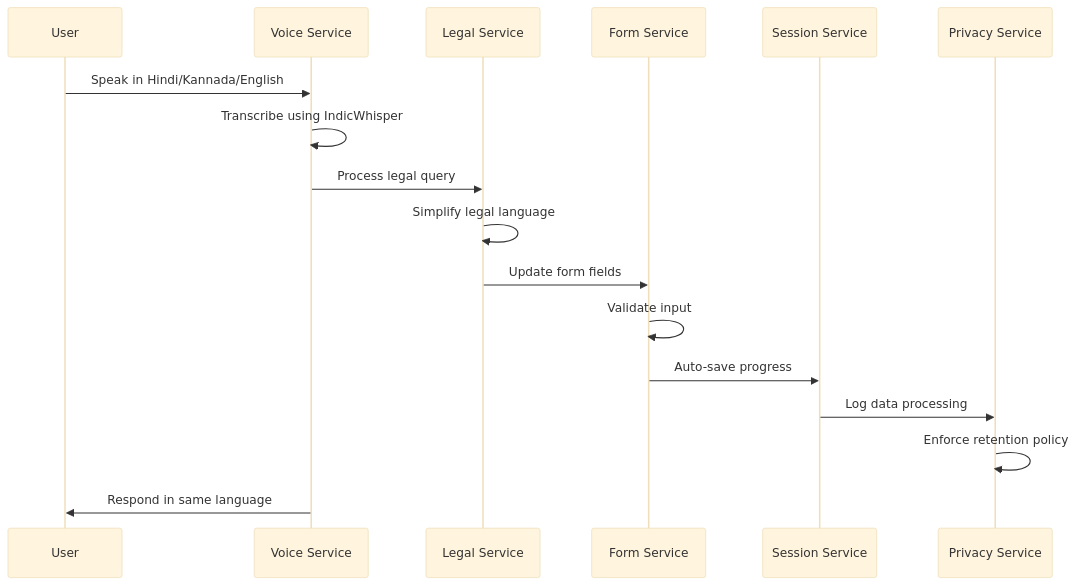
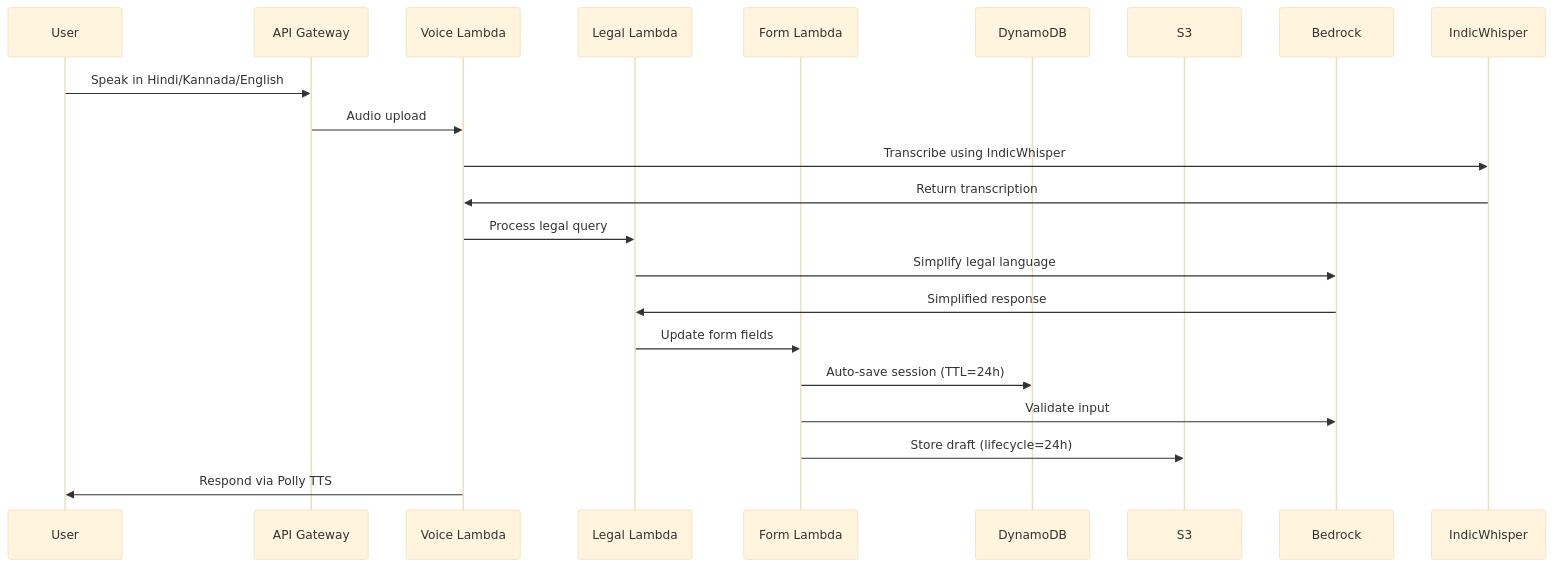
One commit to rupesh-kaneki88/rti-voice-assistant changed the second of 3 diagrams in .kiro/specs/rti-voice-assistant/design.md. Above: the diagram before and after it, drawn with Mermaid (base theme). The commit also changed other lines of this file and 27 other files, not shown here.

````diff
--- a/.kiro/specs/rti-voice-assistant/design.md
+++ b/.kiro/specs/rti-voice-assistant/design.md
@@ -329,20 +328,25 @@
 ```mermaid
 sequenceDiagram
     participant U as User
-    participant V as Voice Service
-    participant L as Legal Service
-    participant F as Form Service
-    participant S as Session Service
-    participant P as Privacy Service
+    participant APIGW as API Gateway
+    participant VL as Voice Lambda
+    participant LL as Legal Lambda
+    participant FL as Form Lambda
+    participant DDB as DynamoDB
+    participant S3 as S3
+    participant BR as Bedrock
+    participant IW as IndicWhisper
     
-    U->>V: Speak in Hindi/Kannada/English
-    V->>V: Transcribe using IndicWhisper
-    V->>L: Process legal query
-    L->>L: Simplify legal language
-    L->>F: Update form fields
-    F->>F: Validate input
-    F->>S: Auto-save progress
-    S->>P: Log data processing
-    P->>P: Enforce retention policy
-    V->>U: Respond in same language
+    U->>APIGW: Speak in Hindi/Kannada/English
+    APIGW->>VL: Audio upload
+    VL->>IW: Transcribe using IndicWhisper
+    IW->>VL: Return transcription
+    VL->>LL: Process legal query
+    LL->>BR: Simplify legal language
+    BR->>LL: Simplified response
+    LL->>FL: Update form fields
+    FL->>DDB: Auto-save session (TTL=24h)
+    FL->>BR: Validate input
+    FL->>S3: Store draft (lifecycle=24h)
+    VL->>U: Respond via Polly TTS
 ```
````
